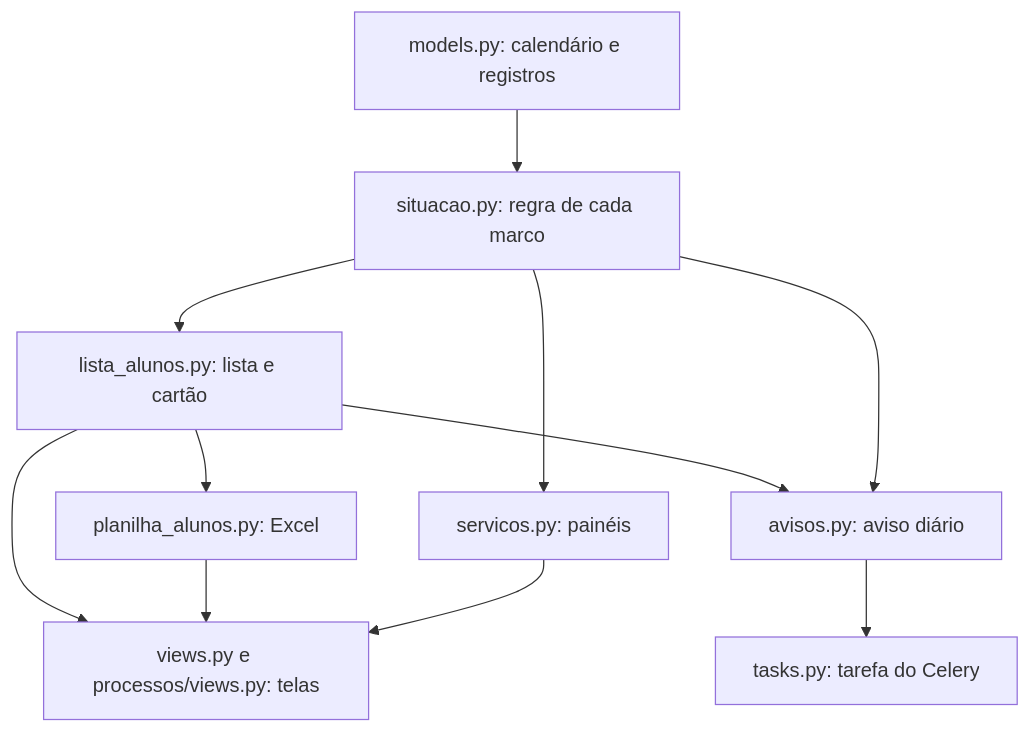
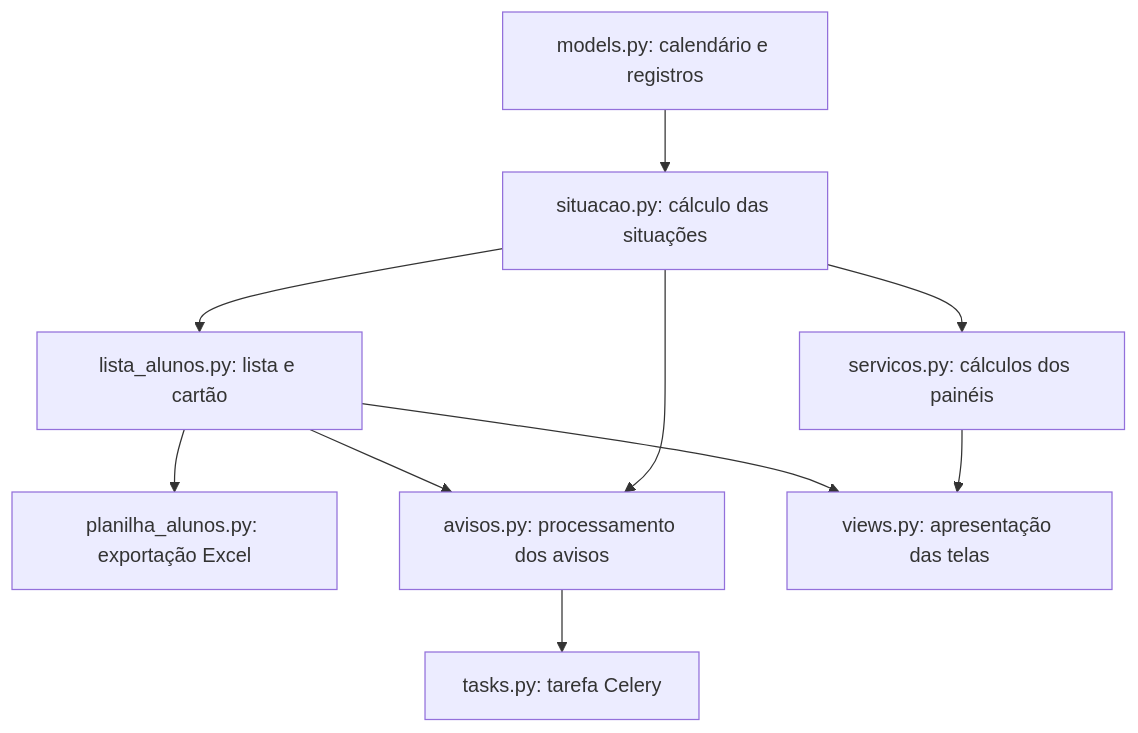
One commit to ldhonorato/PPGEC_rec changed the third of 4 diagrams in docs/entrega-modulo-acompanhamento.md. Above: the diagram before and after it, drawn with Mermaid. The commit also changed other lines of this file and 3 other files, not shown here.

````diff
--- a/docs/entrega-modulo-acompanhamento.md
+++ b/docs/entrega-modulo-acompanhamento.md
@@ -71,22 +223,21 @@
 ```mermaid
 flowchart TB
-    calendario["models.py: calendário e registros"]
-    situacao["situacao.py: regra de cada marco"]
-    lista["lista_alunos.py: lista e cartão"]
-    planilha["planilha_alunos.py: Excel"]
-    avisos["avisos.py: aviso diário"]
-    servicos["servicos.py: painéis"]
-    telas["views.py e processos/views.py: telas"]
-    tarefa["tasks.py: tarefa do Celery"]
+    M["models.py: calendário e registros"]
+    S["situacao.py: cálculo das situações"]
+    L["lista_alunos.py: lista e cartão"]
+    P["planilha_alunos.py: exportação Excel"]
+    A["avisos.py: processamento dos avisos"]
+    V["servicos.py: cálculos dos painéis"]
+    T["views.py: apresentação das telas"]
+    C["tasks.py: tarefa Celery"]
 
-    calendario --> situacao
-    situacao --> lista
-    situacao --> servicos
-    lista --> planilha
-    lista --> telas
-    planilha --> telas
-    servicos --> telas
-    lista --> avisos
-    situacao --> avisos
-    avisos --> tarefa
+    M --> S
+    S --> L
+    S --> V
+    L --> P
+    L --> T
+    V --> T
+    L --> A
+    S --> A
+    A --> C
 ```
````
